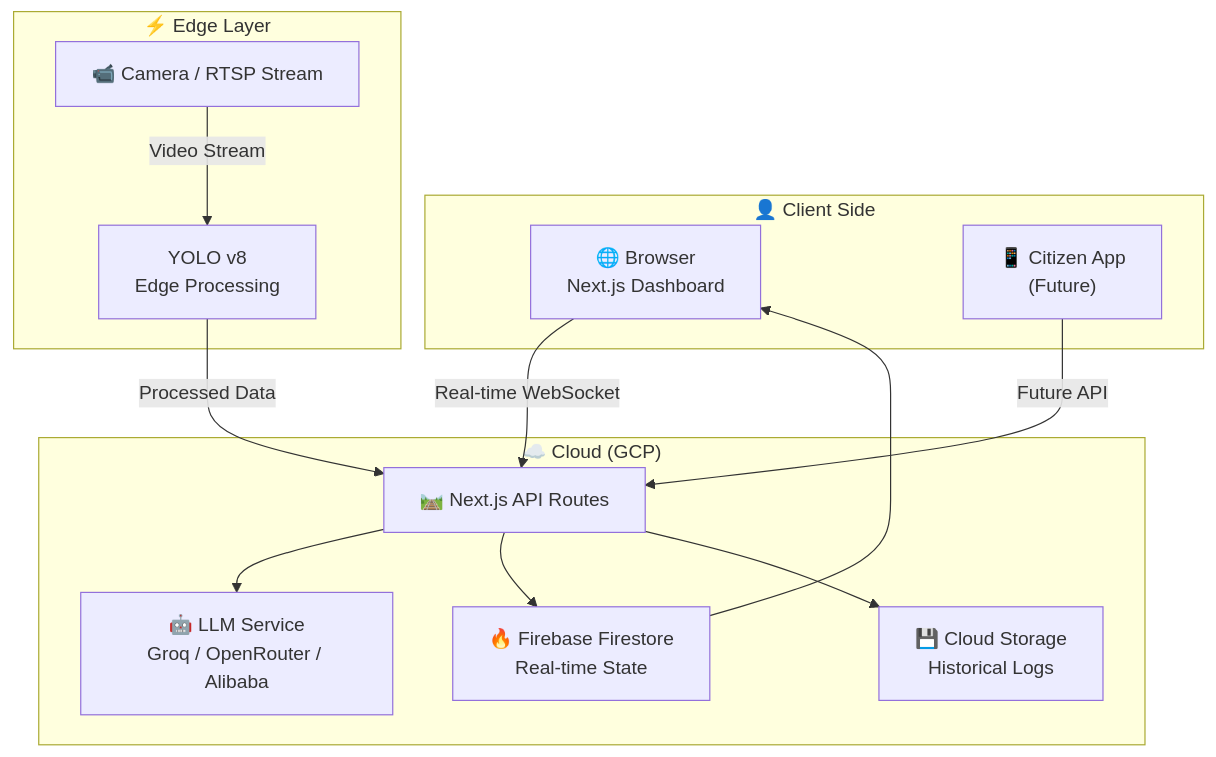
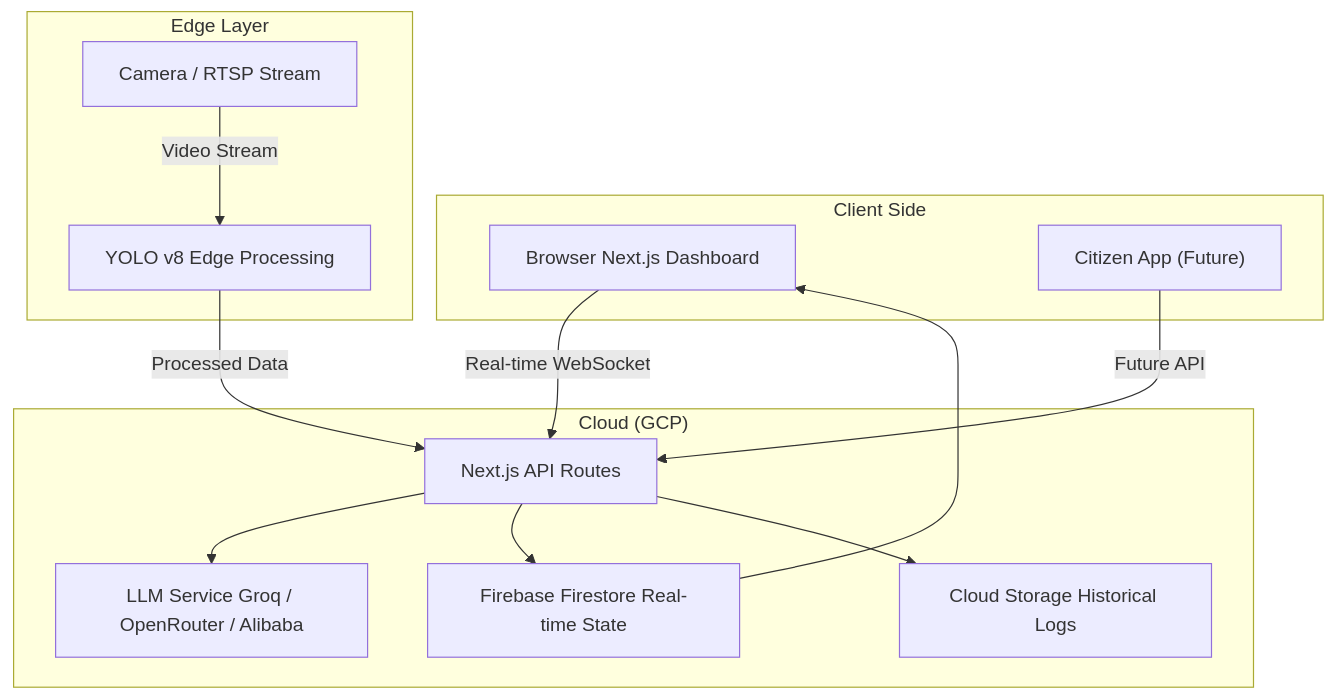
One commit to tanh1c/agent-traffic changed the ninth of 9 diagrams in docs/architecture.md. Above: the diagram before and after it, drawn with Mermaid. The commit also changed other lines of this file, not shown here.

Commit message:
docs: use default mermaid colors and English only

````diff
--- a/docs/architecture.md
+++ b/docs/architecture.md
@@ -336,28 +321,28 @@
 ```mermaid
 flowchart TB
-    subgraph CLIENT["👤 Client Side"]
-        BROWSER["🌐 Browser<br/>Next.js Dashboard"]
-        PHONE["📱 Citizen App<br/>(Future)"]
+    subgraph CLIENT["Client Side"]
+        BROWSER["Browser Next.js Dashboard"]
+        PHONE["Citizen App (Future)"]
     end
 
-    subgraph EDGE["⚡ Edge Layer"]
-        CAM["📹 Camera / RTSP Stream"]
-        YOLO_EDGE["YOLO v8<br/>Edge Processing"]
+    subgraph EDGE["Edge Layer"]
+        CAM["Camera / RTSP Stream"]
+        YOLO_EDGE["YOLO v8 Edge Processing"]
     end
 
-    subgraph CLOUD["☁️ Cloud (GCP)"]
-        API["🛤️ Next.js API Routes"]
-        LLM_SVC["🤖 LLM Service<br/>Groq / OpenRouter / Alibaba"]
-        FIRESTORE["🔥 Firebase Firestore<br/>Real-time State"]
-        STORAGE["💾 Cloud Storage<br/>Historical Logs"]
+    subgraph CLOUD["Cloud (GCP)"]
+        API["Next.js API Routes"]
+        LLM_SVC["LLM Service Groq / OpenRouter / Alibaba"]
+        FIRESTORE["Firebase Firestore Real-time State"]
+        STORAGE["Cloud Storage Historical Logs"]
     end
 
     BROWSER -->|"Real-time WebSocket"| API
     PHONE -->|"Future API"| API
     CAM -->|"Video Stream"| YOLO_EDGE
     YOLO_EDGE -->|"Processed Data"| API
     API --> LLM_SVC
     API --> FIRESTORE
     API --> STORAGE
     FIRESTORE --> BROWSER
 ```
````
